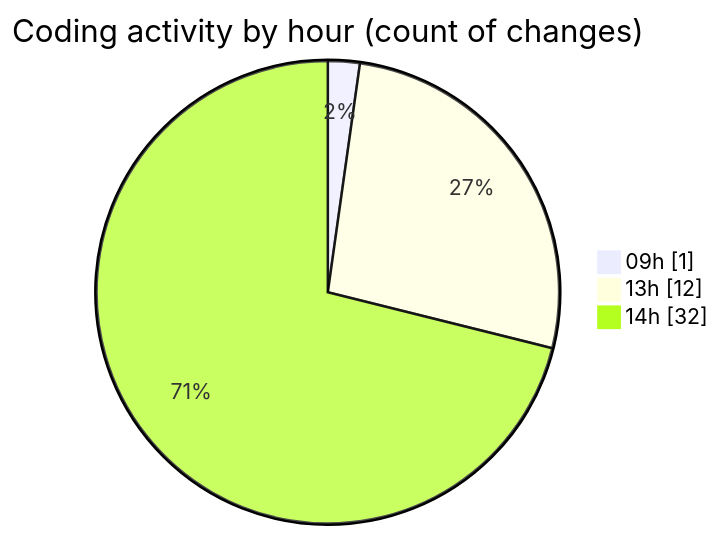
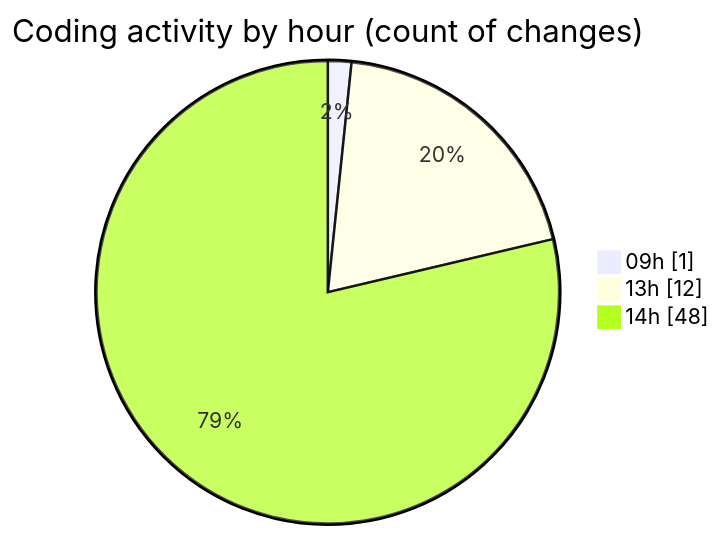
Before and after one commit to Elitesun/code-tracking: the second of 2 diagrams in 2025-05-21/niten/README.md, drawn with Mermaid. The commit also changed other lines of this file and 1 other file, not shown here.

````diff
--- a/2025-05-21/niten/README.md
+++ b/2025-05-21/niten/README.md
@@ -51,7 +59,7 @@
 ```mermaid
 pie showData
 title Coding activity by hour (count of changes)
 "09h" : 1
 "13h" : 12
-"14h" : 32
+"14h" : 48
 ```
````
